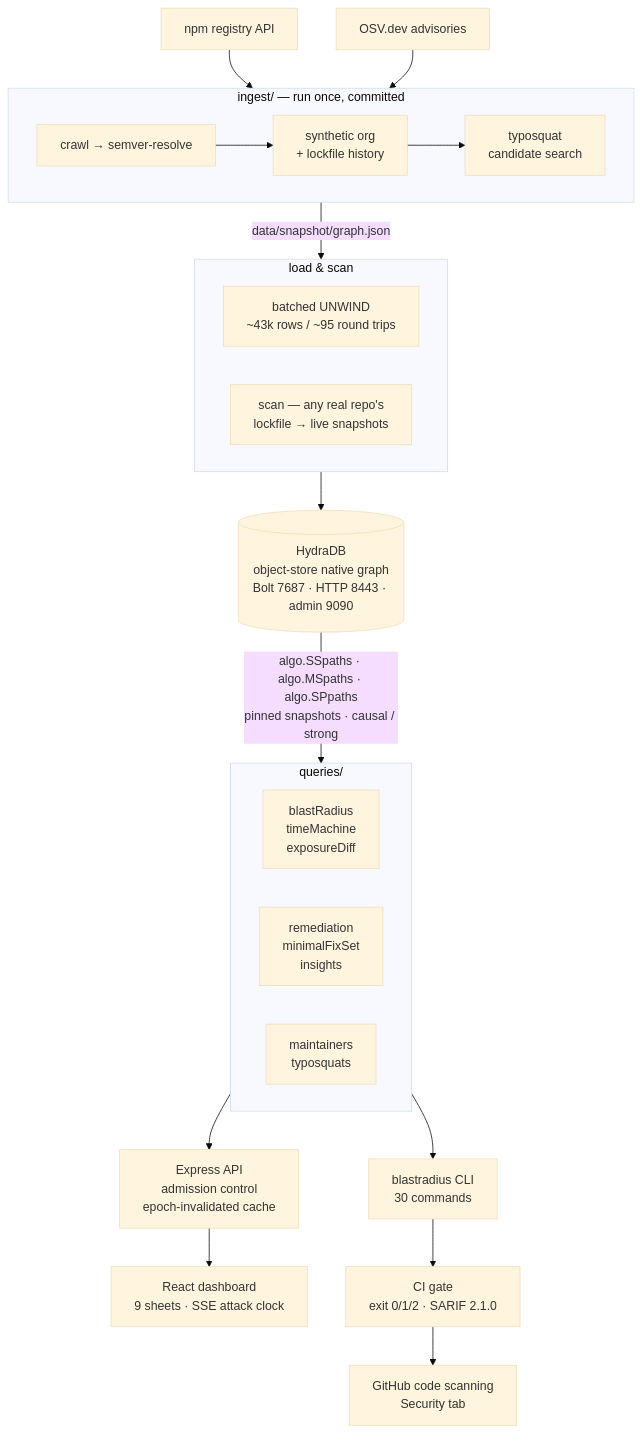
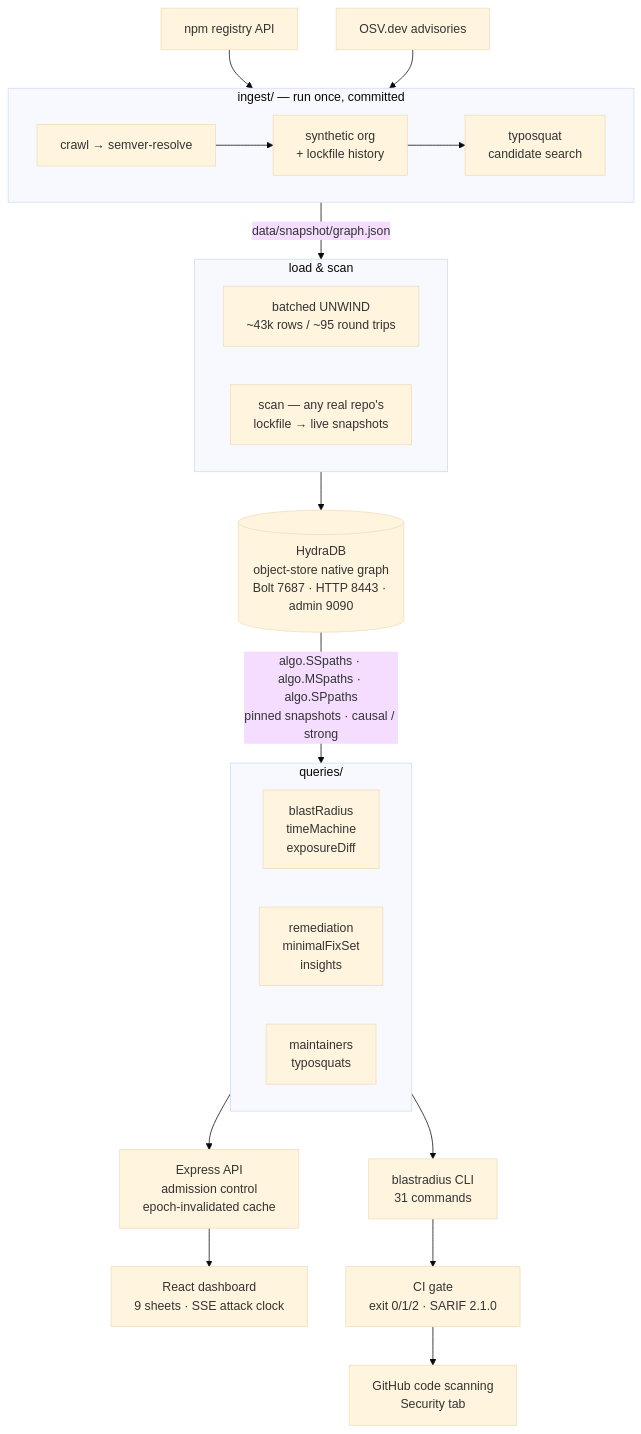
Before and after one commit to nickthelegend/blast-radius: the diagram in README.md, drawn with Mermaid (base theme). The commit also changed 14 other files, not shown here.

````diff
--- a/README.md
+++ b/README.md
@@ -696,38 +696,38 @@
 ```mermaid
 flowchart TB
   npm["npm registry API"] --> ingest
   osv["OSV.dev advisories"] --> ingest
 
   subgraph ingest["ingest/ — run once, committed"]
     direction LR
     crawl["crawl → semver-resolve"] --> org["synthetic org<br/>+ lockfile history"] --> typo["typosquat<br/>candidate search"]
   end
 
   ingest -->|"data/snapshot/graph.json"| load
 
   subgraph load["load & scan"]
     direction LR
     loader["batched UNWIND<br/>~43k rows / ~95 round trips"]
     scan["scan — any real repo's<br/>lockfile → live snapshots"]
   end
 
   load --> hydra
 
   hydra[("HydraDB<br/>object-store native graph<br/>Bolt 7687 · HTTP 8443 · admin 9090")]
 
   hydra -->|"algo.SSpaths · algo.MSpaths · algo.SPpaths<br/>pinned snapshots · causal / strong"| queries
 
   subgraph queries["queries/"]
     direction LR
     q1["blastRadius<br/>timeMachine<br/>exposureDiff"]
     q2["remediation<br/>minimalFixSet<br/>insights"]
     q3["maintainers<br/>typosquats"]
   end
 
-  queries --> cli["blastradius CLI<br/>30 commands"]
+  queries --> cli["blastradius CLI<br/>31 commands"]
   queries --> api["Express API<br/>admission control<br/>epoch-invalidated cache"]
 
   api --> dash["React dashboard<br/>9 sheets · SSE attack clock"]
   cli --> gate["CI gate<br/>exit 0/1/2 · SARIF 2.1.0"]
   gate --> gh["GitHub code scanning<br/>Security tab"]
 ```
````
